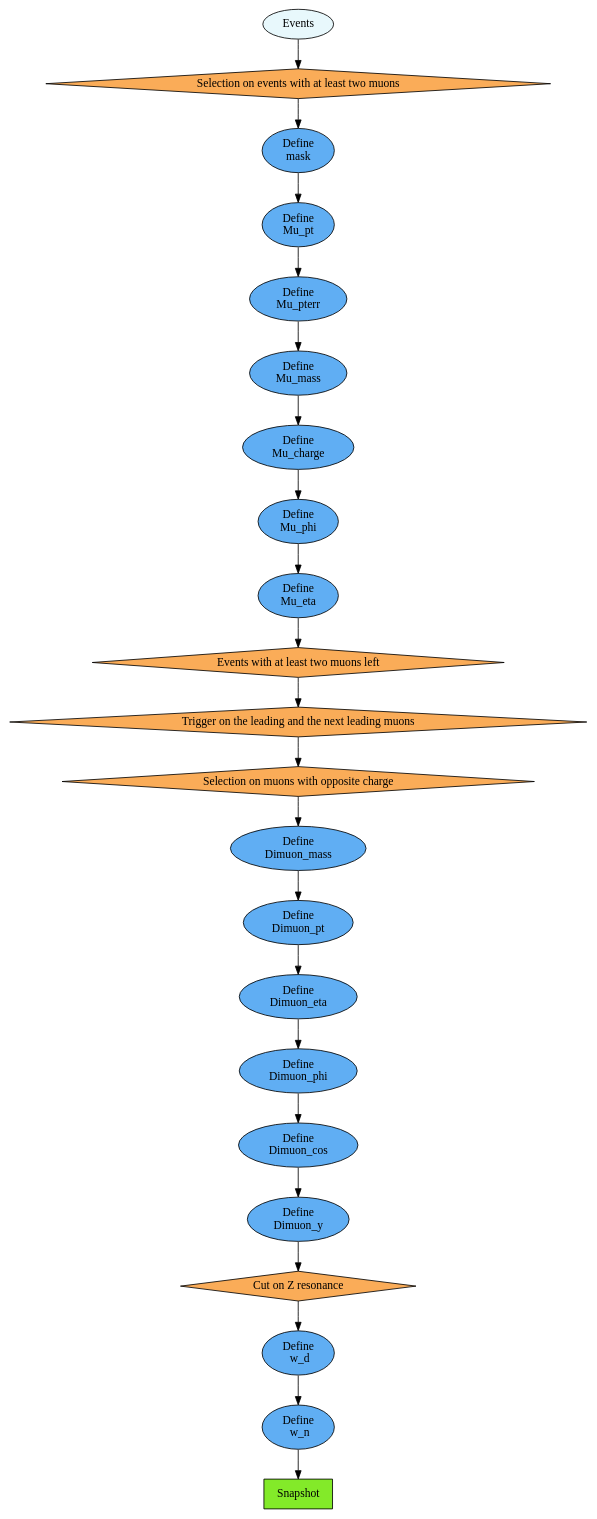
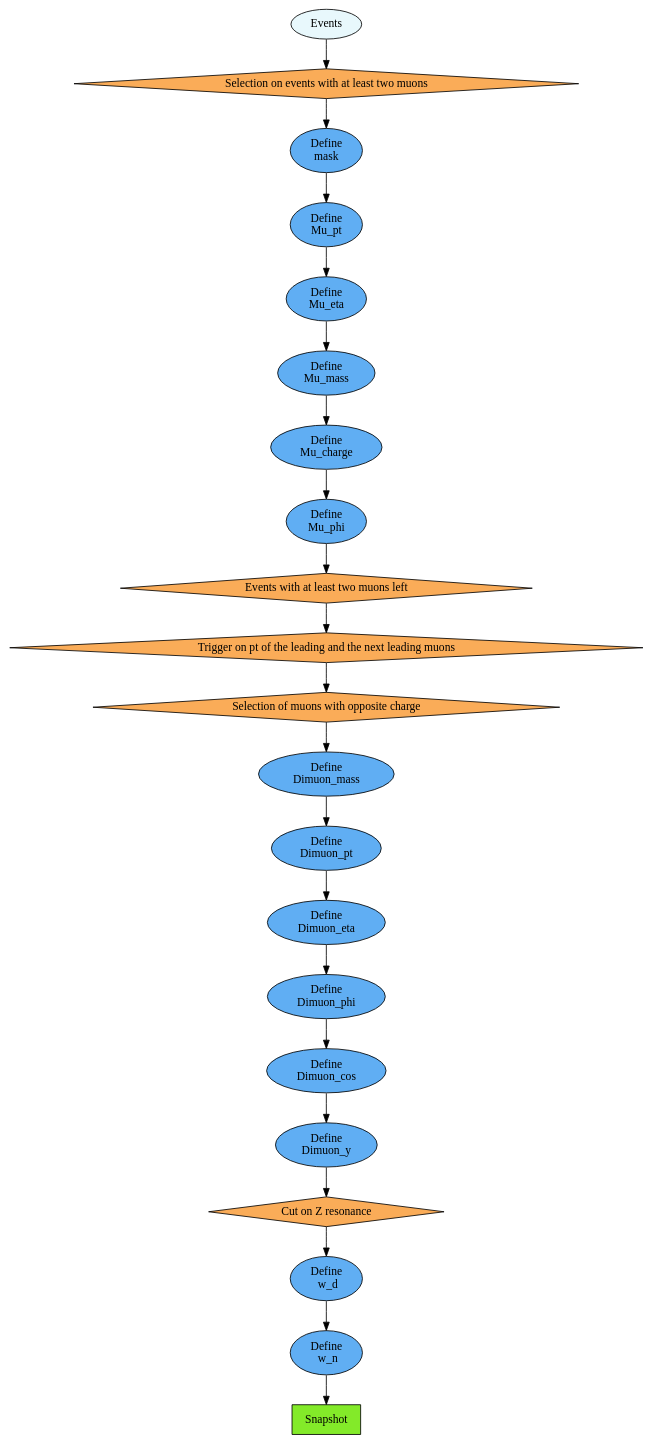
The diagram in Utils/z_asymm.dot (Mara-185/dimuon_invm), drawn with Graphviz before and after one commit. The commit also changed 267 other files, not shown here.

```diff
--- a/Utils/z_asymm.dot
+++ b/Utils/z_asymm.dot
@@ -1,60 +1,57 @@
 digraph {
   28 [label="Snapshot", style="filled", fillcolor="#83EA29", shape="box"];
   27 [label="Define
   w_n", style="filled", fillcolor="#60aef3", shape="oval"];
   26 [label="Define
   w_d", style="filled", fillcolor="#60aef3", shape="oval"];
   25 [label="Cut on Z resonance", style="filled", fillcolor="#FAAC58", shape="diamond"];
 	23 [label="Define
 Dimuon_y", style="filled", fillcolor="#60aef3", shape="oval"];
 	21 [label="Define
 Dimuon_cos", style="filled", fillcolor="#60aef3", shape="oval"];
 	19 [label="Define
 Dimuon_phi", style="filled", fillcolor="#60aef3", shape="oval"];
 	17 [label="Define
 Dimuon_eta", style="filled", fillcolor="#60aef3", shape="oval"];
 	15 [label="Define
 Dimuon_pt", style="filled", fillcolor="#60aef3", shape="oval"];
 	13 [label="Define
 Dimuon_mass", style="filled", fillcolor="#60aef3", shape="oval"];
-	12 [label="Selection on muons with opposite charge", style="filled", fillcolor="#FAAC58", shape="diamond"];
-	11 [label="Trigger on the leading and the next leading muons", style="filled", fillcolor="#FAAC58", shape="diamond"];
+	12 [label="Selection of muons with opposite charge", style="filled", fillcolor="#FAAC58", shape="diamond"];
+	11 [label="Trigger on pt of the leading and the next leading muons", style="filled", fillcolor="#FAAC58", shape="diamond"];
 	3 [label="Events with at least two muons left", style="filled", fillcolor="#FAAC58", shape="diamond"];
-	4 [label="Define
+	8 [label="Define
 Mu_eta", style="filled", fillcolor="#60aef3", shape="oval"];
 	5 [label="Define
 Mu_phi", style="filled", fillcolor="#60aef3", shape="oval"];
 	6 [label="Define
 Mu_charge", style="filled", fillcolor="#60aef3", shape="oval"];
 	7 [label="Define
 Mu_mass", style="filled", fillcolor="#60aef3", shape="oval"];
-	8 [label="Define
-Mu_pterr", style="filled", fillcolor="#60aef3", shape="oval"];
 	9 [label="Define
 Mu_pt", style="filled", fillcolor="#60aef3", shape="oval"];
 	10 [label="Define
 mask", style="filled", fillcolor="#60aef3", shape="oval"];
 	2 [label="Selection on events with at least two muons", style="filled", fillcolor="#FAAC58", shape="diamond"];
 	0 [label="Events", style="filled", fillcolor="#e8f8fc", shape="oval"];
   27 -> 28;
   26 -> 27;
   25 -> 26;
   23 -> 25;
   21 -> 23;
 	19 -> 21;
 	17 -> 19;
 	15 -> 17;
 	13 -> 15;
 	12 -> 13;
 	11 -> 12;
   3 -> 11;
-	4 -> 3;
-	5 -> 4;
+	5 -> 3;
 	6 -> 5;
 	7 -> 6;
 	8 -> 7;
 	9 -> 8;
 	10 -> 9;
 	2 -> 10;
 	0 -> 2;
 }
```
